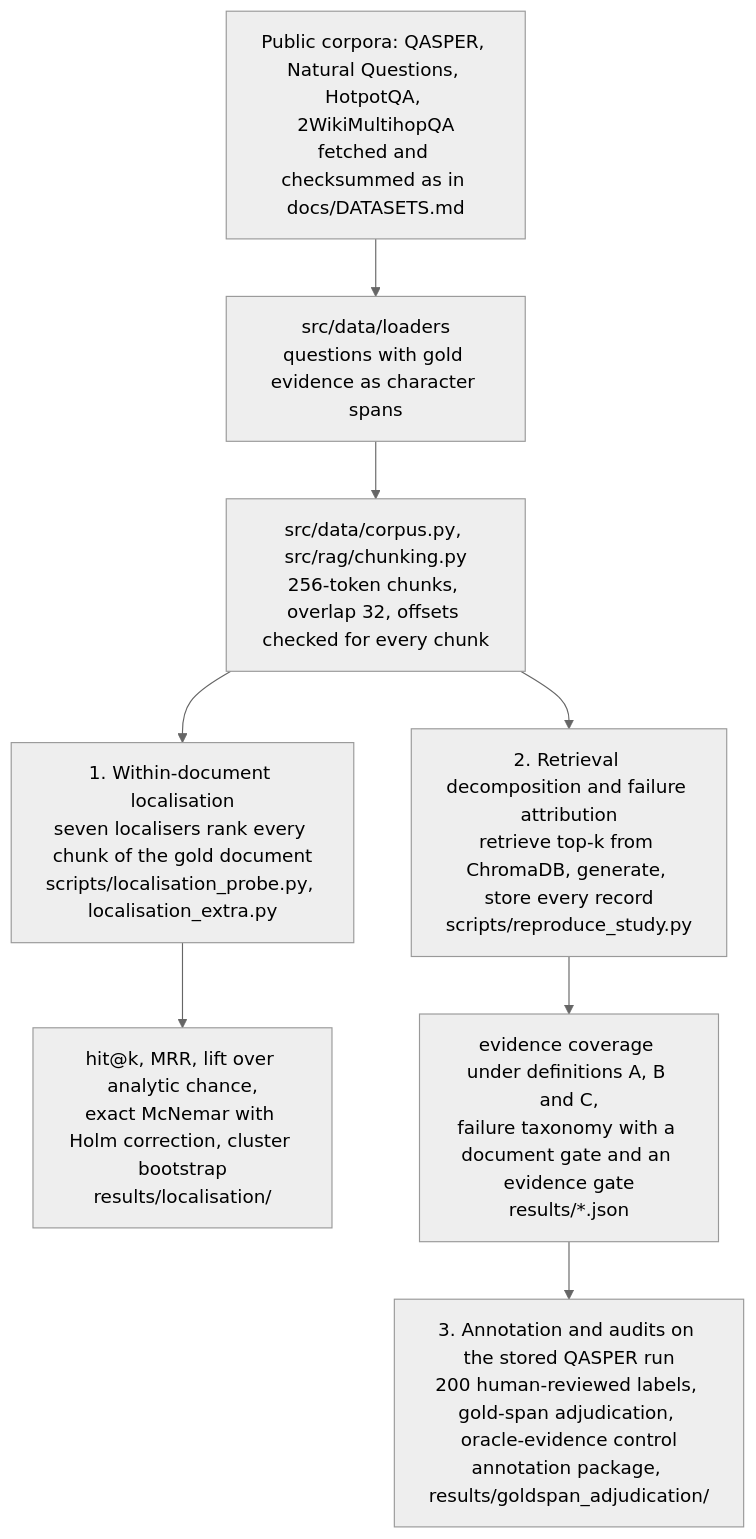
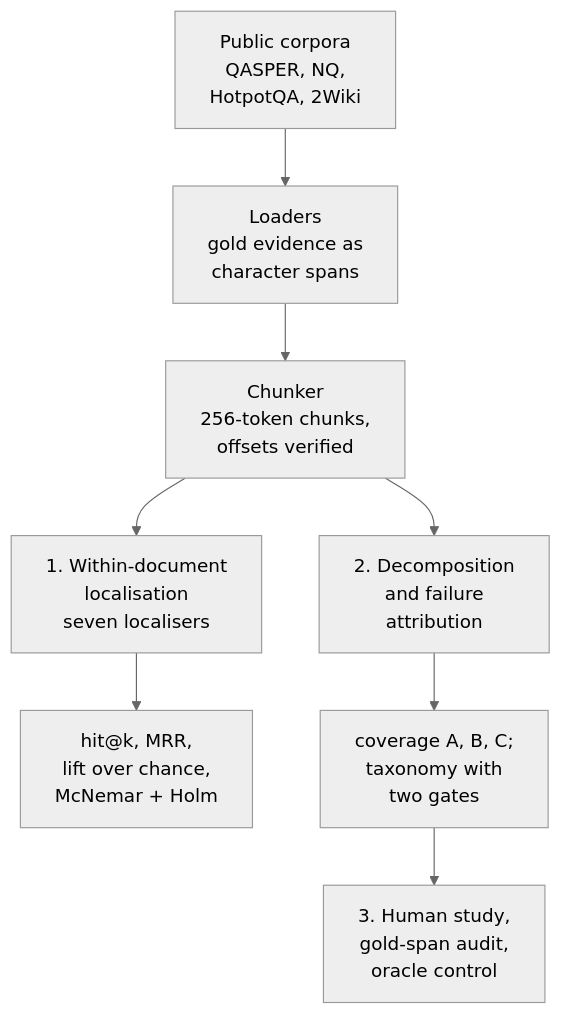
One commit to pouyapd/TrustRAG changed the diagram in README.md. Above: the diagram before and after it, drawn with Mermaid (neutral theme). The commit also changed other lines of this file, not shown here.

Commit message:
Shorten the workflow diagram's labels and list the code behind each step
GitHub wrapped the long node labels into narrow boxes about 1,500 px tall.
The diagram now carries short labels, and a table under it names the
modules, scripts and output folders of each step.

````diff
--- a/README.md
+++ b/README.md
@@ -64,10 +64,10 @@
 ```mermaid
 flowchart TD
-    A["Public corpora: QASPER, Natural Questions, HotpotQA, 2WikiMultihopQA<br/>fetched and checksummed as in docs/DATASETS.md"] --> B["src/data/loaders<br/>questions with gold evidence as character spans"]
-    B --> C["src/data/corpus.py, src/rag/chunking.py<br/>256-token chunks, overlap 32, offsets checked for every chunk"]
-    C --> L["1. Within-document localisation<br/>seven localisers rank every chunk of the gold document<br/>scripts/localisation_probe.py, localisation_extra.py"]
-    C --> R["2. Retrieval decomposition and failure attribution<br/>retrieve top-k from ChromaDB, generate, store every record<br/>scripts/reproduce_study.py"]
-    L --> LS["hit@k, MRR, lift over analytic chance,<br/>exact McNemar with Holm correction, cluster bootstrap<br/>results/localisation/"]
-    R --> RS["evidence coverage under definitions A, B and C,<br/>failure taxonomy with a document gate and an evidence gate<br/>results/*.json"]
-    RS --> H["3. Annotation and audits on the stored QASPER run<br/>200 human-reviewed labels, gold-span adjudication, oracle-evidence control<br/>annotation package, results/goldspan_adjudication/"]
+    A["Public corpora<br/>QASPER, NQ,<br/>HotpotQA, 2Wiki"] --> B["Loaders<br/>gold evidence as<br/>character spans"]
+    B --> C["Chunker<br/>256-token chunks,<br/>offsets verified"]
+    C --> L["1. Within-document<br/>localisation<br/>seven localisers"]
+    C --> R["2. Decomposition<br/>and failure<br/>attribution"]
+    L --> LS["hit@k, MRR,<br/>lift over chance,<br/>McNemar + Holm"]
+    R --> RS["coverage A, B, C;<br/>taxonomy with<br/>two gates"]
+    RS --> H["3. Human study,<br/>gold-span audit,<br/>oracle control"]
 ```
````
